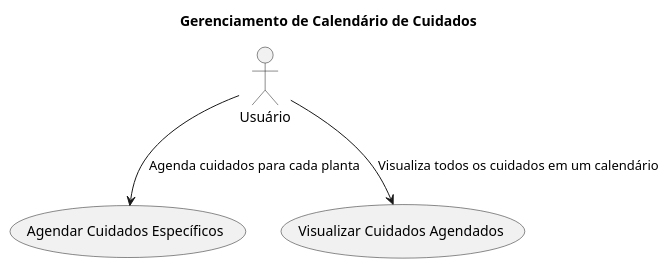
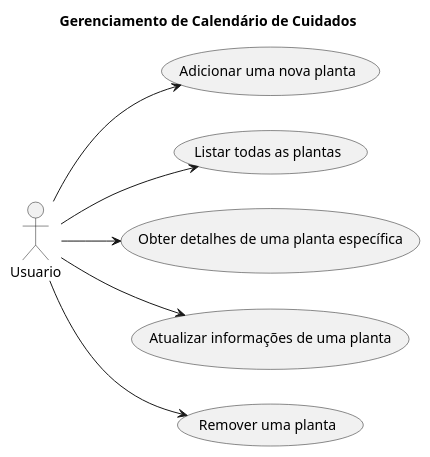
One commit to tiagors09/CareGardenProject changed the diagram in docs/diagramas/src/diagramas_caso_de_uso/gerenciamento_calendario_cuidados.plantuml. Above: the diagram before and after it, drawn with PlantUML.

Commit message:
docs: :memo: Atualizar diagrama de caso de uso de gerenciamento de calendário de cuidados

```diff
--- a/docs/diagramas/src/diagramas_caso_de_uso/gerenciamento_calendario_cuidados.plantuml
+++ b/docs/diagramas/src/diagramas_caso_de_uso/gerenciamento_calendario_cuidados.plantuml
@@ -1,12 +1,20 @@
 @startuml Gerenciamento_Calendario_Cuidados
 title Gerenciamento de Calendário de Cuidados
 
-actor Usuario as "Usuário"
+left to right direction
 
-usecase "Agendar Cuidados Específicos" as UC1
-usecase "Visualizar Cuidados Agendados" as UC2
+actor Usuario as u
 
-Usuario --> UC1 : Agenda cuidados para cada planta
-Usuario --> UC2 : Visualiza todos os cuidados em um calendário
+usecase "Adicionar uma nova planta" as UC1
+usecase "Listar todas as plantas" as UC2
+usecase "Obter detalhes de uma planta específica" as UC3
+usecase "Atualizar informações de uma planta" as UC4
+usecase "Remover uma planta" as UC5
+
+u --> UC1
+u --> UC2
+u --> UC3
+u --> UC4
+u --> UC5
 
 @enduml
```
